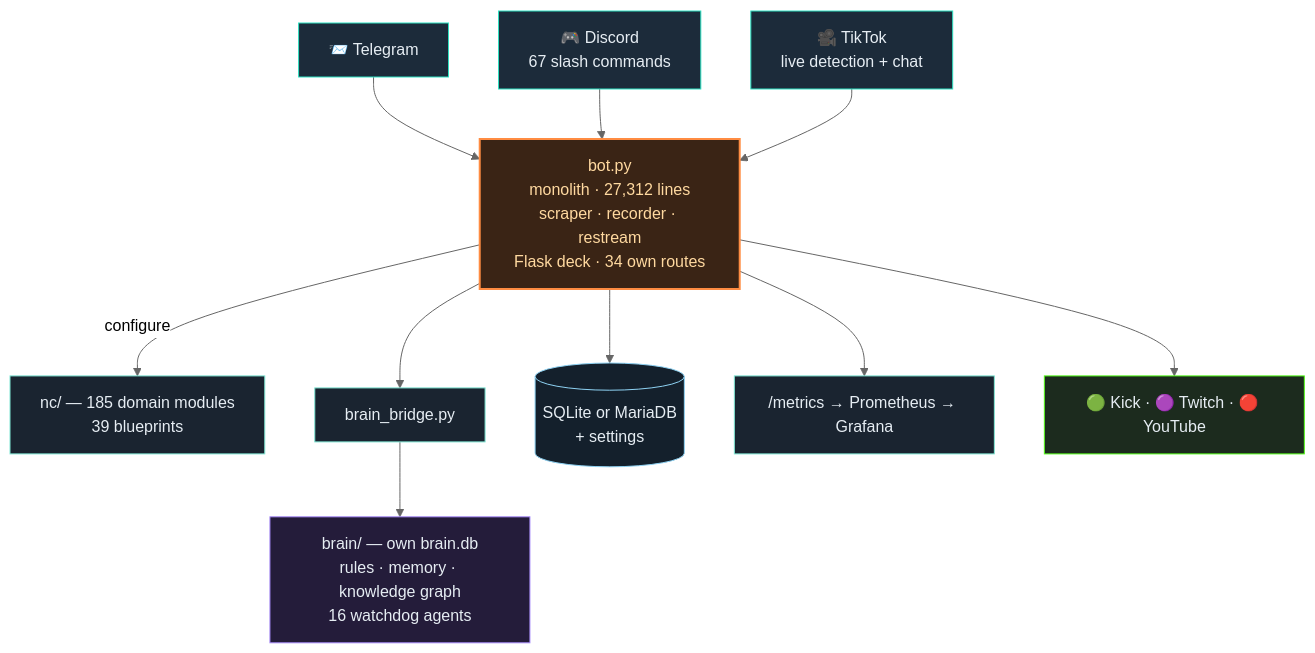
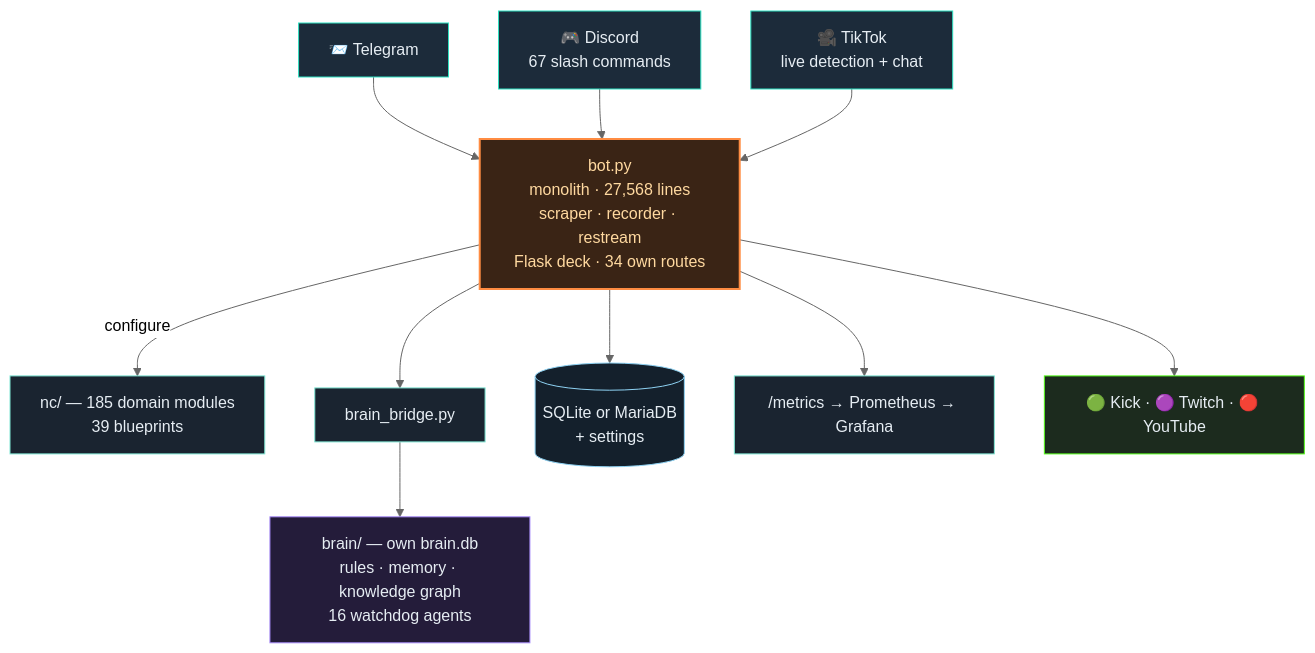
One commit to itsamemedev/Telegram-Stream-Info-Bot changed the second of 3 diagrams in README.en.md. Above: the diagram before and after it, drawn with Mermaid (neutral theme). The commit also changed other lines of this file and 46 other files, not shown here.

````diff
--- a/README.en.md
+++ b/README.en.md
@@ -119,19 +119,19 @@
 ```mermaid
 flowchart TB
     TG["📨 Telegram"]:::ein --> BOT
     DC["🎮 Discord<br/>67 slash commands"]:::ein --> BOT
     TT["🎥 TikTok<br/>live detection + chat"]:::ein --> BOT
-    BOT["bot.py<br/>monolith · 27,312 lines<br/>scraper · recorder · restream<br/>Flask deck · 34 own routes"]:::core
+    BOT["bot.py<br/>monolith · 27,568 lines<br/>scraper · recorder · restream<br/>Flask deck · 34 own routes"]:::core
     BOT -->|configure| NC["nc/ — 185 domain modules<br/>39 blueprints"]:::lib
     BOT --> BR["brain_bridge.py"]:::lib
     BR --> BRAIN["brain/ — own brain.db<br/>rules · memory · knowledge graph<br/>16 watchdog agents"]:::brain
     BOT --> DB[("SQLite or MariaDB<br/>+ settings")]:::db
     BOT --> PROM["/metrics → Prometheus → Grafana"]:::lib
     BOT --> OUT["🟢 Kick · 🟣 Twitch · 🔴 YouTube"]:::out
     classDef ein fill:#1c2b3a,stroke:#2de1c2,color:#e6edf3
     classDef core fill:#3a2415,stroke:#ff8c42,stroke-width:2px,color:#ffd9a0
     classDef lib fill:#1a2430,stroke:#7fe7d4,color:#e6edf3
     classDef brain fill:#241c3a,stroke:#a78bfa,color:#e6edf3
     classDef db fill:#14202c,stroke:#8fd3f4,color:#e6edf3
     classDef out fill:#1c2b1e,stroke:#53fc18,color:#e6edf3
 ```
````
